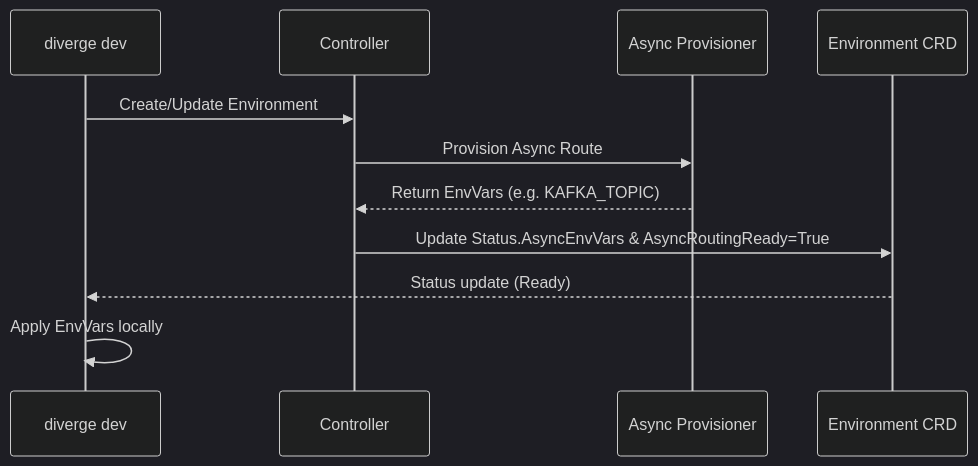
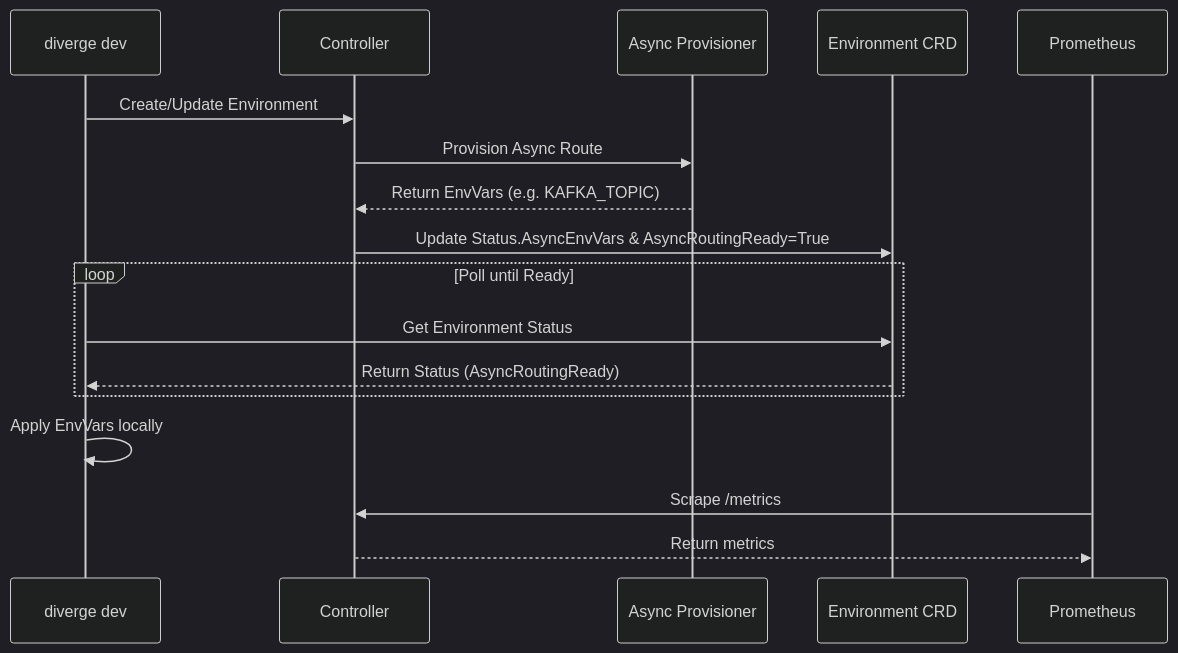
One commit to divergedev/diverge changed the diagram in docs/architecture.md. Above: the diagram before and after it, drawn with Mermaid (dark theme). The commit also changed 4 other files, not shown here.

Commit message:
fix: CR findings — metrics accuracy, diagram, healthz, code fences

````diff
--- a/docs/architecture.md
+++ b/docs/architecture.md
@@ -13,14 +13,23 @@
 ```mermaid
 sequenceDiagram
     participant CLI as diverge dev
     participant Controller
     participant Async as Async Provisioner
     participant Env as Environment CRD
+    participant Prometheus
 
     CLI->>Controller: Create/Update Environment
     Controller->>Async: Provision Async Route
     Async-->>Controller: Return EnvVars (e.g. KAFKA_TOPIC)
     Controller->>Env: Update Status.AsyncEnvVars & AsyncRoutingReady=True
-    Env-->>CLI: Status update (Ready)
+
+    loop Poll until Ready
+        CLI->>Env: Get Environment Status
+        Env-->>CLI: Return Status (AsyncRoutingReady)
+    end
+
     CLI->>CLI: Apply EnvVars locally
+
+    Prometheus->>Controller: Scrape /metrics
+    Controller-->>Prometheus: Return metrics
 ```
````
